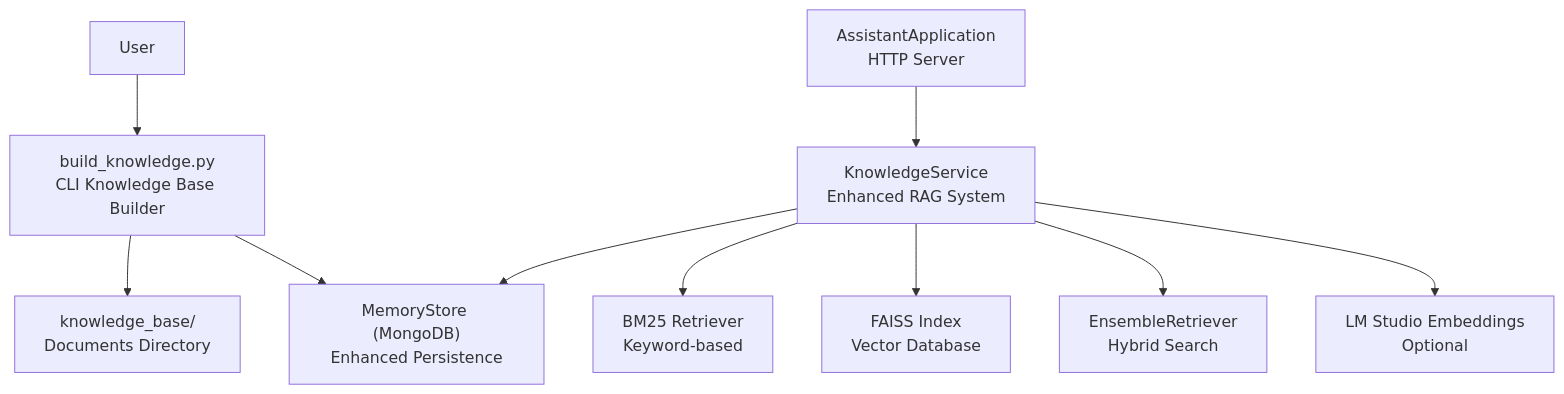
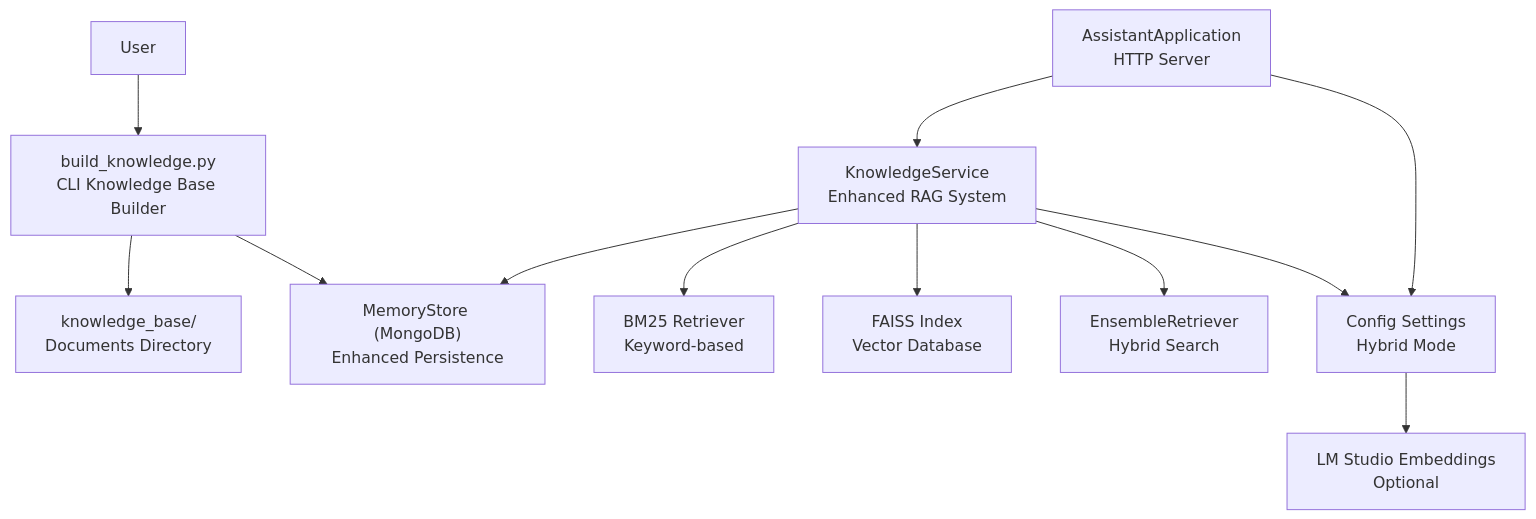
The second of 6 diagrams in .qoder/repowiki/en/content/Features and Capabilities/Knowledge Management and RAG.md (Sovetsky-Soyuz/AI-Assistant), drawn with Mermaid before and after one commit. The commit also changed other lines of this file and 15 other files, not shown here.

````diff
--- a/.qoder/repowiki/en/content/Features and Capabilities/Knowledge Management and RAG.md
+++ b/.qoder/repowiki/en/content/Features and Capabilities/Knowledge Management and RAG.md
@@ -120,22 +130,25 @@
 ```mermaid
 graph TB
 U["User"]
 CLI["build_knowledge.py<br/>CLI Knowledge Base Builder"]
 KB_DIR["knowledge_base/<br/>Documents Directory"]
 MS["MemoryStore (MongoDB)<br/>Enhanced Persistence"]
 KS["KnowledgeService<br/>Enhanced RAG System"]
 SRV["AssistantApplication<br/>HTTP Server"]
+CFG["Config Settings<br/>Hybrid Mode"]
 EMB["LM Studio Embeddings<br/>Optional"]
 FAISS["FAISS Index<br/>Vector Database"]
 BM25["BM25 Retriever<br/>Keyword-based"]
 EN["EnsembleRetriever<br/>Hybrid Search"]
 U --> CLI
 CLI --> KB_DIR
 CLI --> MS
 SRV --> KS
 KS --> MS
 KS --> BM25
 KS --> FAISS
 KS --> EN
-KS --> EMB
+KS --> CFG
+SRV --> CFG
+CFG --> EMB
 ```
````
